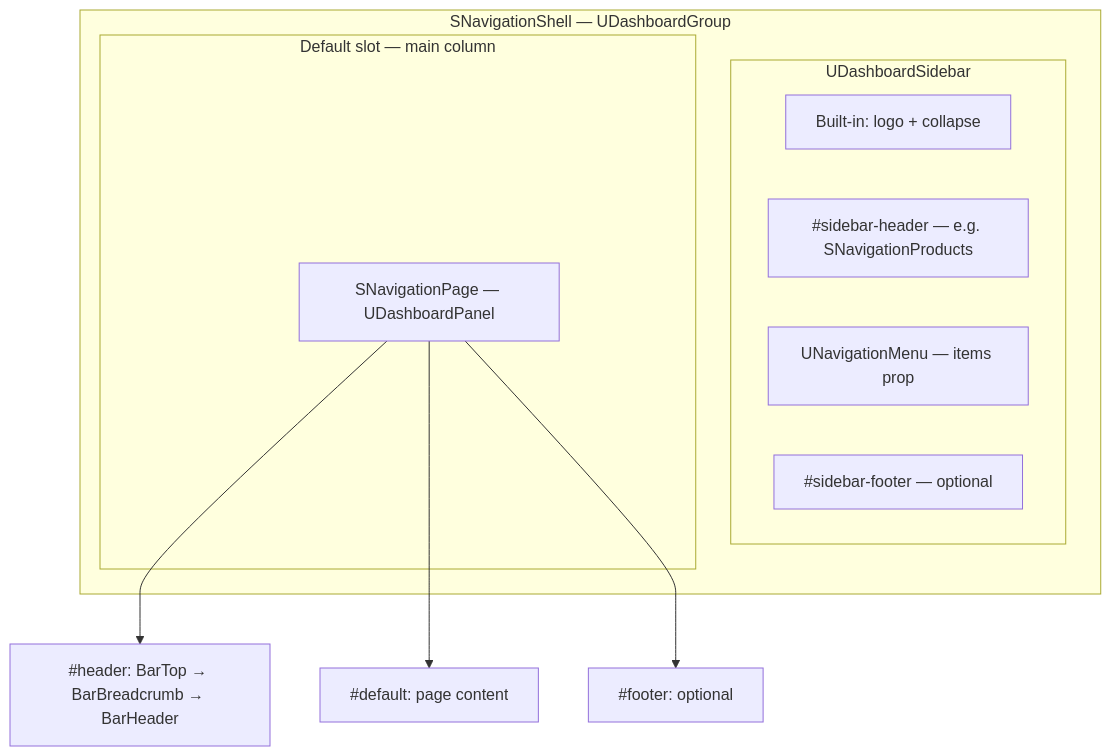
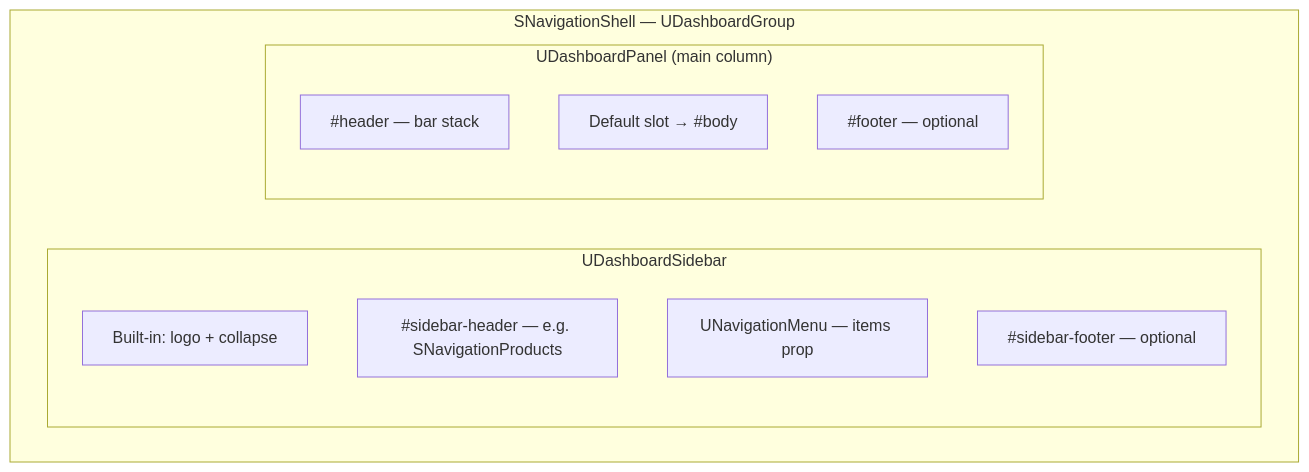
One commit to smartpricing/smartness-nuxt-ui changed the diagram in docs/navigation.md. Above: the diagram before and after it, drawn with Mermaid. The commit also changed other lines of this file and 5 other files, not shown here.

````diff
--- a/docs/navigation.md
+++ b/docs/navigation.md
@@ -15,17 +15,16 @@
 ```mermaid
 flowchart TB
 	subgraph shell["SNavigationShell — UDashboardGroup"]
 		subgraph sidebar["UDashboardSidebar"]
 			logo["Built-in: logo + collapse"]
 			sh["#sidebar-header — e.g. SNavigationProducts"]
 			menu["UNavigationMenu — items prop"]
 			sf["#sidebar-footer — optional"]
 		end
-		subgraph main["Default slot — main column"]
-			page["SNavigationPage — UDashboardPanel"]
+		subgraph panel["UDashboardPanel (main column)"]
+			ph["#header — bar stack"]
+			pb["Default slot → #body"]
+			pf["#footer — optional"]
 		end
 	end
-	page --> header["#header: BarTop → BarBreadcrumb → BarHeader"]
-	page --> body["#default: page content"]
-	page --> foot["#footer: optional"]
 ```
````
